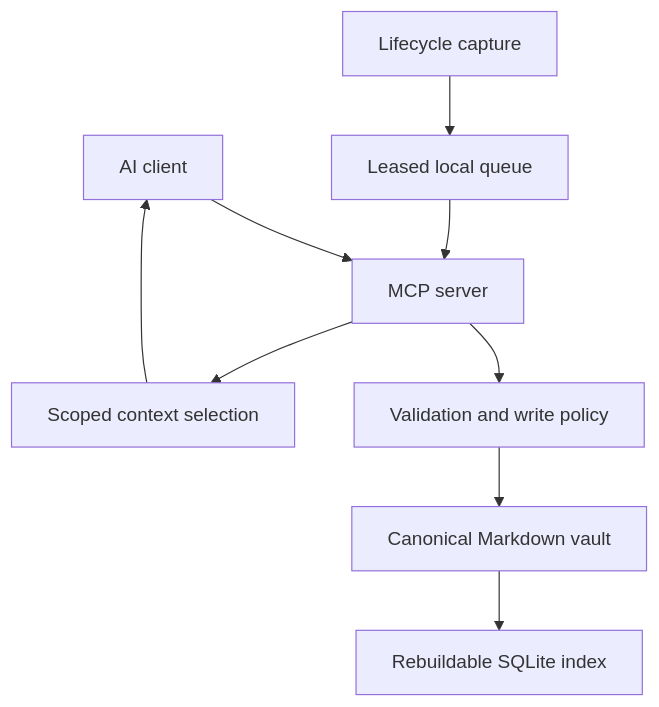
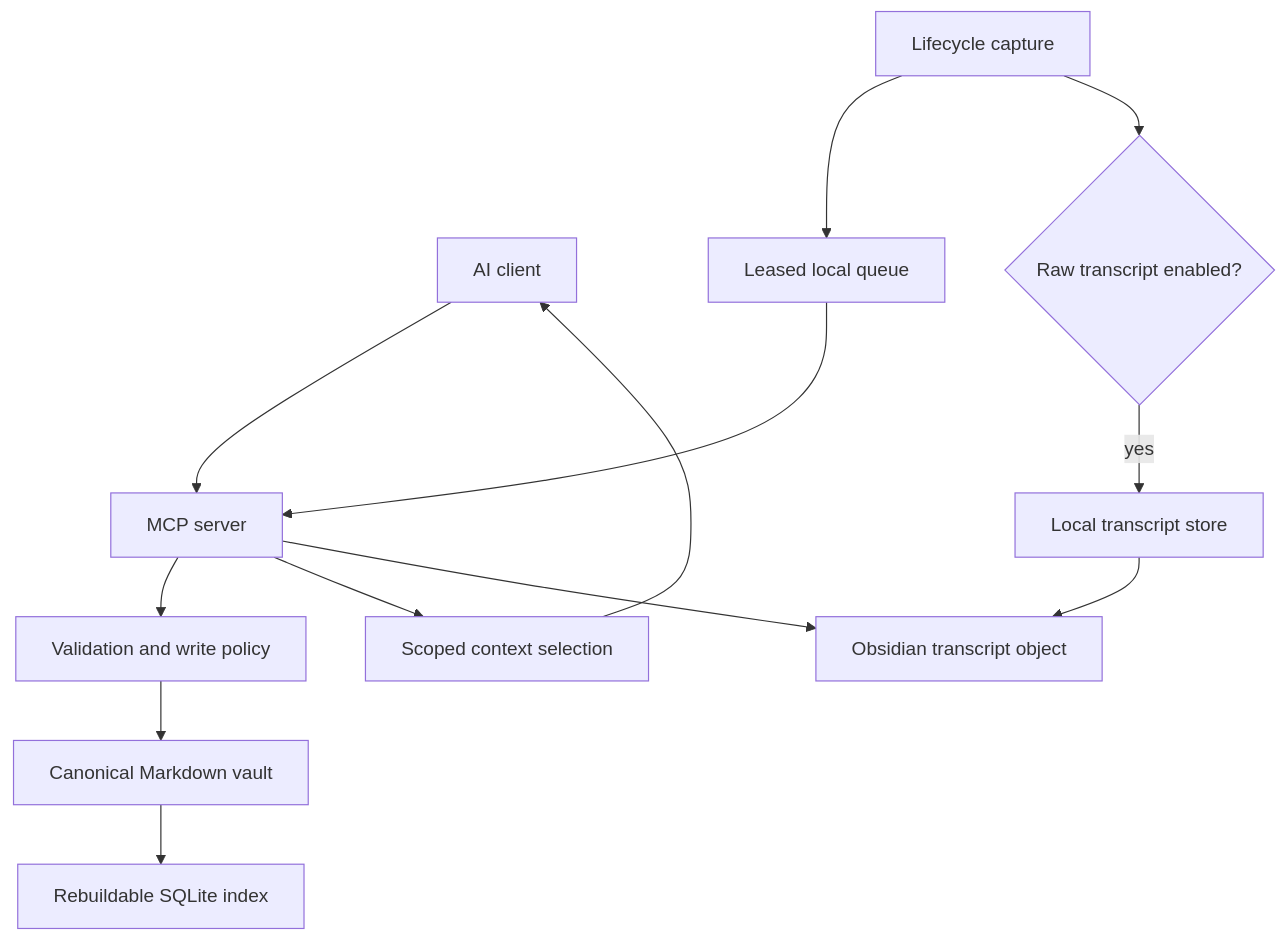
One commit to vib28/ai-memory-hub changed the diagram in ARCHITECTURE.md. Above: the diagram before and after it, drawn with Mermaid. The commit also changed other lines of this file and 19 other files, not shown here.

````diff
--- a/ARCHITECTURE.md
+++ b/ARCHITECTURE.md
@@ -266,11 +275,15 @@
 ```mermaid
 flowchart TD
     Client[AI client] --> MCP[MCP server]
     MCP --> Policy[Validation and write policy]
     Policy --> Vault[Canonical Markdown vault]
     Vault --> Index[Rebuildable SQLite index]
     MCP --> Context[Scoped context selection]
     Context --> Client
     Capture[Lifecycle capture] --> Queue[Leased local queue]
     Queue --> MCP
+    Capture --> Transcript{Raw transcript enabled?}
+    Transcript -->|yes| TranscriptDB[Local transcript store]
+    TranscriptDB --> TranscriptMD[Obsidian transcript object]
+    MCP --> TranscriptMD
 ```
````
